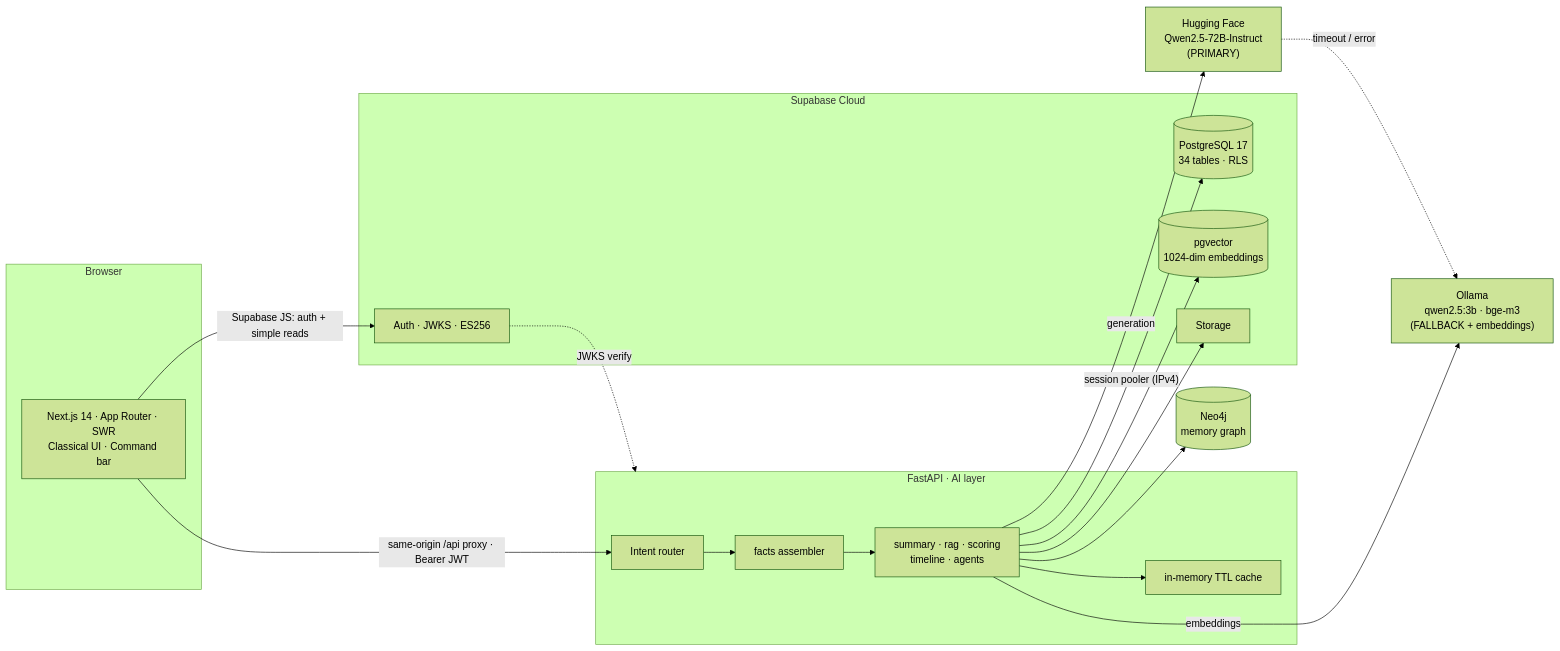
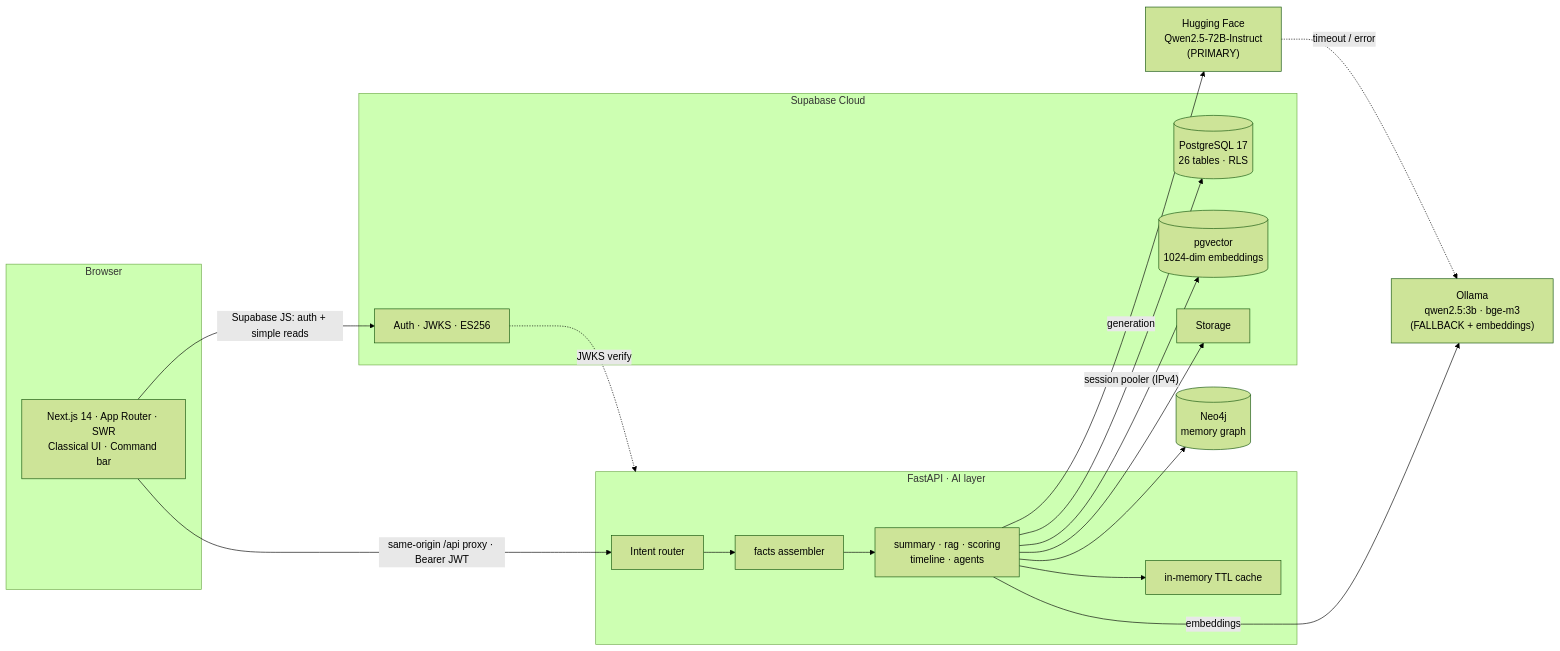
Before and after one commit to Tarun21W/Chargebee: the first of 9 diagrams in demo/DIAGRAMS.md, drawn with Mermaid (forest theme). The commit also changed 10 other files, not shown here.

First line of the commit message:
schema: drop 8 unused stub tables (connectors, notifications, reporting) -> 26 tables

````diff
--- a/demo/DIAGRAMS.md
+++ b/demo/DIAGRAMS.md
@@ -10,36 +10,36 @@
 ```mermaid
 flowchart LR
     subgraph Client["Browser"]
       UI["Next.js 14 · App Router · SWR<br/>Classical UI · Command bar"]
     end
 
     subgraph Supabase["Supabase Cloud"]
-      PG[("PostgreSQL 17<br/>34 tables · RLS")]
+      PG[("PostgreSQL 17<br/>26 tables · RLS")]
       VEC[("pgvector<br/>1024-dim embeddings")]
       AUTH["Auth · JWKS · ES256"]
       STO["Storage"]
     end
 
     subgraph Backend["FastAPI · AI layer"]
       RT["Intent router"]
       FACTS["facts assembler"]
       SVC["summary · rag · scoring<br/>timeline · agents"]
       CACHE["in-memory TTL cache"]
     end
 
     HF["Hugging Face<br/>Qwen2.5-72B-Instruct<br/>(PRIMARY)"]
     OLL["Ollama<br/>qwen2.5:3b · bge-m3<br/>(FALLBACK + embeddings)"]
     NEO[("Neo4j<br/>memory graph")]
 
     UI -->|"Supabase JS: auth + simple reads"| AUTH
     UI -->|"same-origin /api proxy · Bearer JWT"| RT
     RT --> FACTS --> SVC --> CACHE
     AUTH -. "JWKS verify" .-> Backend
     SVC -->|"session pooler (IPv4)"| PG
     SVC --> VEC
     SVC --> NEO
     SVC -->|"generation"| HF
     HF -. "timeout / error" .-> OLL
     SVC -->|"embeddings"| OLL
     SVC --> STO
 ```
````
